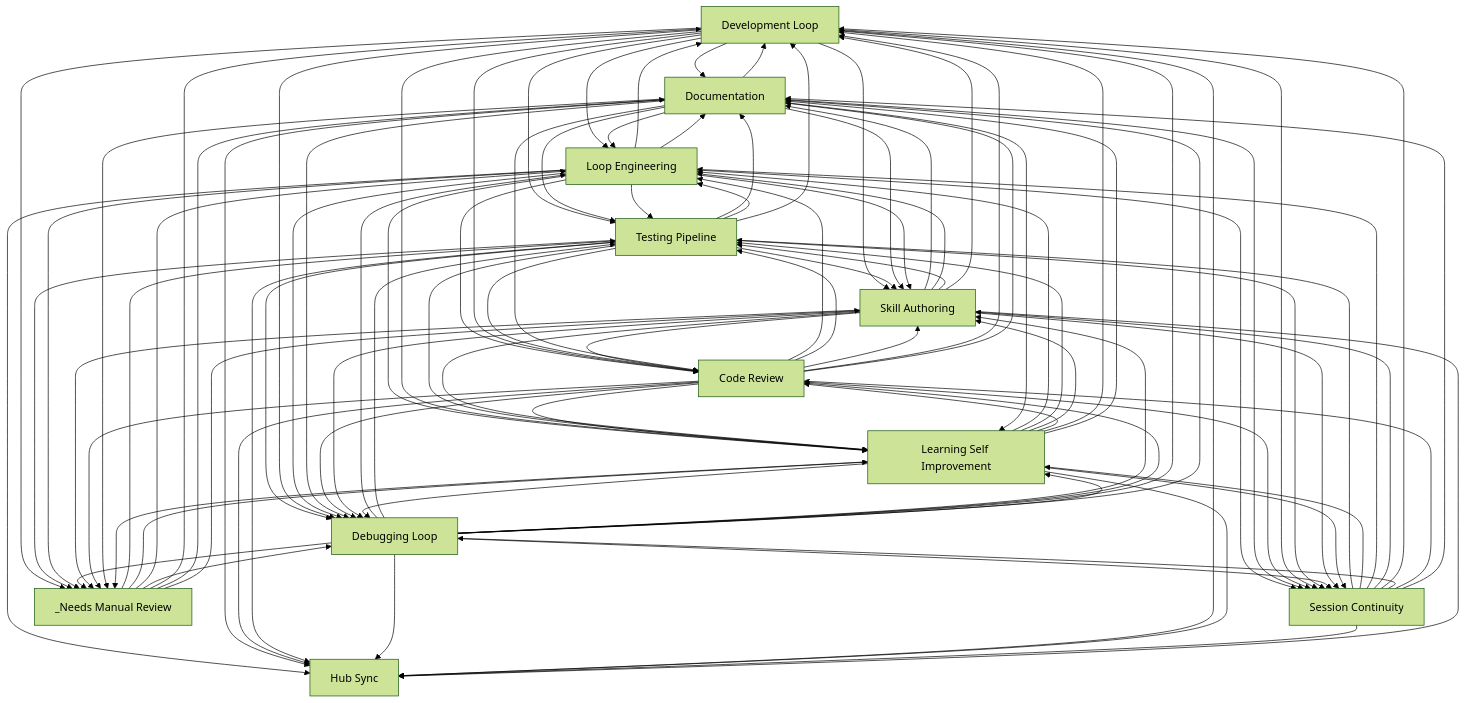
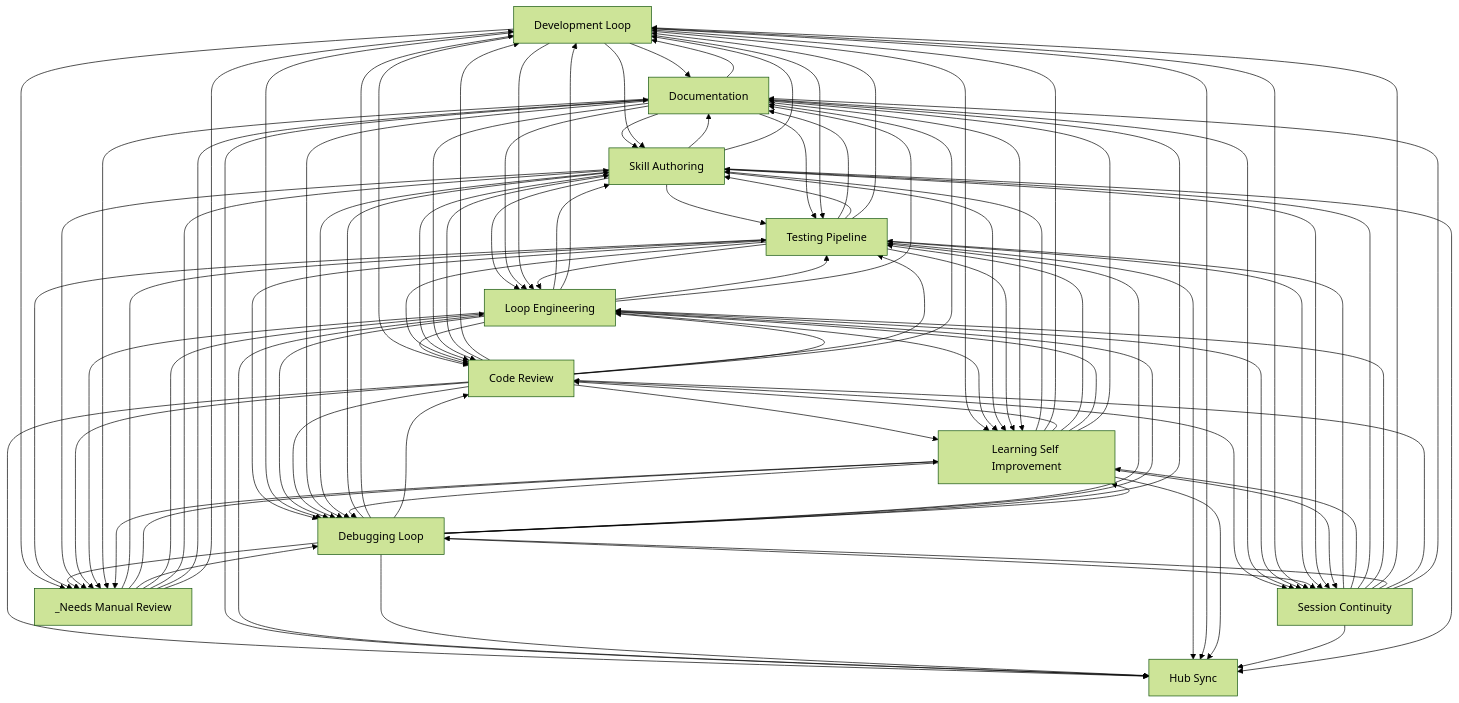
Before and after one commit to abhayla/claude-best-practices: the diagram in docs/workflows/INDEX.md, drawn with Mermaid (forest theme). The commit also changed other lines of this file and 13 other files, not shown here.

```diff
--- a/docs/workflows/INDEX.md
+++ b/docs/workflows/INDEX.md
@@ -33,93 +33,93 @@
     documentation[Documentation]
     hub_sync[Hub Sync]
     _needs_manual_review[_Needs Manual Review]
+    skill_authoring --> documentation
     development_loop --> documentation
     testing_pipeline --> documentation
-    skill_authoring --> documentation
+    skill_authoring --> testing_pipeline
+    skill_authoring --> loop_engineering
+    documentation --> skill_authoring
+    documentation --> testing_pipeline
+    documentation --> loop_engineering
+    development_loop --> skill_authoring
+    development_loop --> testing_pipeline
     development_loop --> loop_engineering
-    development_loop --> testing_pipeline
-    development_loop --> skill_authoring
+    testing_pipeline --> skill_authoring
     testing_pipeline --> loop_engineering
-    testing_pipeline --> skill_authoring
-    documentation --> loop_engineering
-    documentation --> testing_pipeline
-    documentation --> skill_authoring
-    skill_authoring --> loop_engineering
-    skill_authoring --> testing_pipeline
-    loop_engineering --> testing_pipeline
-    loop_engineering --> skill_authoring
-    loop_engineering --> code_review
-    loop_engineering --> development_loop
-    development_loop --> code_review
-    code_review --> loop_engineering
-    code_review --> testing_pipeline
     code_review --> skill_authoring
     code_review --> development_loop
+    code_review --> testing_pipeline
+    code_review --> loop_engineering
+    development_loop --> code_review
+    loop_engineering --> skill_authoring
+    loop_engineering --> development_loop
+    loop_engineering --> code_review
+    loop_engineering --> testing_pipeline
+    code_review --> learning_self_improvement
+    development_loop --> learning_self_improvement
     loop_engineering --> learning_self_improvement
-    development_loop --> learning_self_improvement
-    code_review --> learning_self_improvement
     testing_pipeline --> development_loop
     testing_pipeline --> debugging_loop
     testing_pipeline --> code_review
+    debugging_loop --> skill_authoring
+    debugging_loop --> development_loop
+    debugging_loop --> code_review
+    debugging_loop --> testing_pipeline
     debugging_loop --> loop_engineering
-    debugging_loop --> testing_pipeline
-    debugging_loop --> skill_authoring
-    debugging_loop --> code_review
-    debugging_loop --> development_loop
     development_loop --> debugging_loop
     documentation --> development_loop
     loop_engineering --> debugging_loop
     loop_engineering --> documentation
+    skill_authoring --> code_review
     skill_authoring --> development_loop
-    skill_authoring --> code_review
+    skill_authoring --> learning_self_improvement
     testing_pipeline --> learning_self_improvement
-    skill_authoring --> learning_self_improvement
     development_loop --> _needs_manual_review
     testing_pipeline --> _needs_manual_review
+    code_review --> debugging_loop
     documentation --> debugging_loop
     documentation --> code_review
-    code_review --> debugging_loop
-    loop_engineering --> hub_sync
-    loop_engineering --> session_continuity
+    code_review --> hub_sync
+    code_review --> session_continuity
+    code_review --> documentation
     documentation --> hub_sync
     documentation --> learning_self_improvement
     documentation --> session_continuity
-    code_review --> hub_sync
-    code_review --> session_continuity
-    code_review --> documentation
-    development_loop --> session_continuity
+    loop_engineering --> hub_sync
+    loop_engineering --> session_continuity
     session_continuity --> testing_pipeline
     session_continuity --> learning_self_improvement
+    development_loop --> session_continuity
     _needs_manual_review --> testing_pipeline
     _needs_manual_review --> learning_self_improvement
-    testing_pipeline --> session_continuity
     debugging_loop --> learning_self_improvement
     debugging_loop --> session_continuity
-    testing_pipeline --> hub_sync
+    testing_pipeline --> session_continuity
     debugging_loop --> hub_sync
     debugging_loop --> documentation
+    testing_pipeline --> hub_sync
     development_loop --> hub_sync
     skill_authoring --> session_continuity
     skill_authoring --> debugging_loop
+    _needs_manual_review --> debugging_loop
     _needs_manual_review --> loop_engineering
-    _needs_manual_review --> debugging_loop
-    learning_self_improvement --> loop_engineering
-    learning_self_improvement --> testing_pipeline
     learning_self_improvement --> debugging_loop
     learning_self_improvement --> skill_authoring
+    learning_self_improvement --> development_loop
     learning_self_improvement --> code_review
-    learning_self_improvement --> development_loop
-    loop_engineering --> _needs_manual_review
+    learning_self_improvement --> testing_pipeline
+    learning_self_improvement --> loop_engineering
     debugging_loop --> _needs_manual_review
     skill_authoring --> _needs_manual_review
     code_review --> _needs_manual_review
+    loop_engineering --> _needs_manual_review
+    _needs_manual_review --> skill_authoring
+    _needs_manual_review --> documentation
     _needs_manual_review --> development_loop
-    _needs_manual_review --> documentation
-    _needs_manual_review --> skill_authoring
     learning_self_improvement --> session_continuity
     documentation --> _needs_manual_review
+    session_continuity --> skill_authoring
     session_continuity --> loop_engineering
-    session_continuity --> skill_authoring
     learning_self_improvement --> hub_sync
     learning_self_improvement --> documentation
     session_continuity --> development_loop
```
